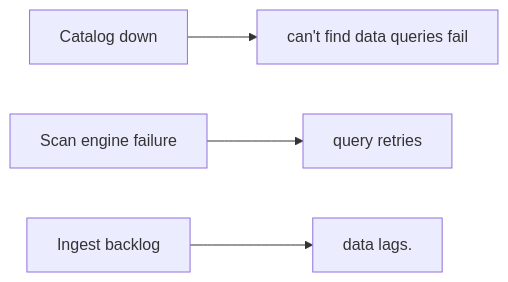
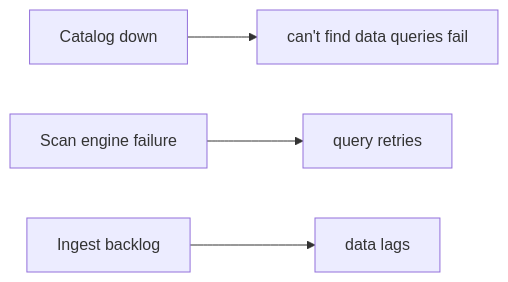
The third of 3 diagrams in case-studies/extreme/data-lake.md (RIT-MESH/system-design-mastery), drawn with Mermaid before and after one commit. The commit also changed other lines of this file and 215 other files, not shown here.

First line of the commit message:
Complete all remaining work: expand case studies, add 13 AI case studies, fix diagrams, status to Complete

````diff
--- a/case-studies/extreme/data-lake.md
+++ b/case-studies/extreme/data-lake.md
@@ -29,13 +35,13 @@
 ```mermaid
 %% created-for: system-design-mastery
 flowchart LR
   C1["Catalog down"]
   R2["can't find data queries fail"]
   C1 --> R2
   C3["Scan engine failure"]
   R4["query retries"]
   C3 --> R4
   C5["Ingest backlog"]
-  R6["data lags."]
+  R6["data lags"]
   C5 --> R6
 ```
````
